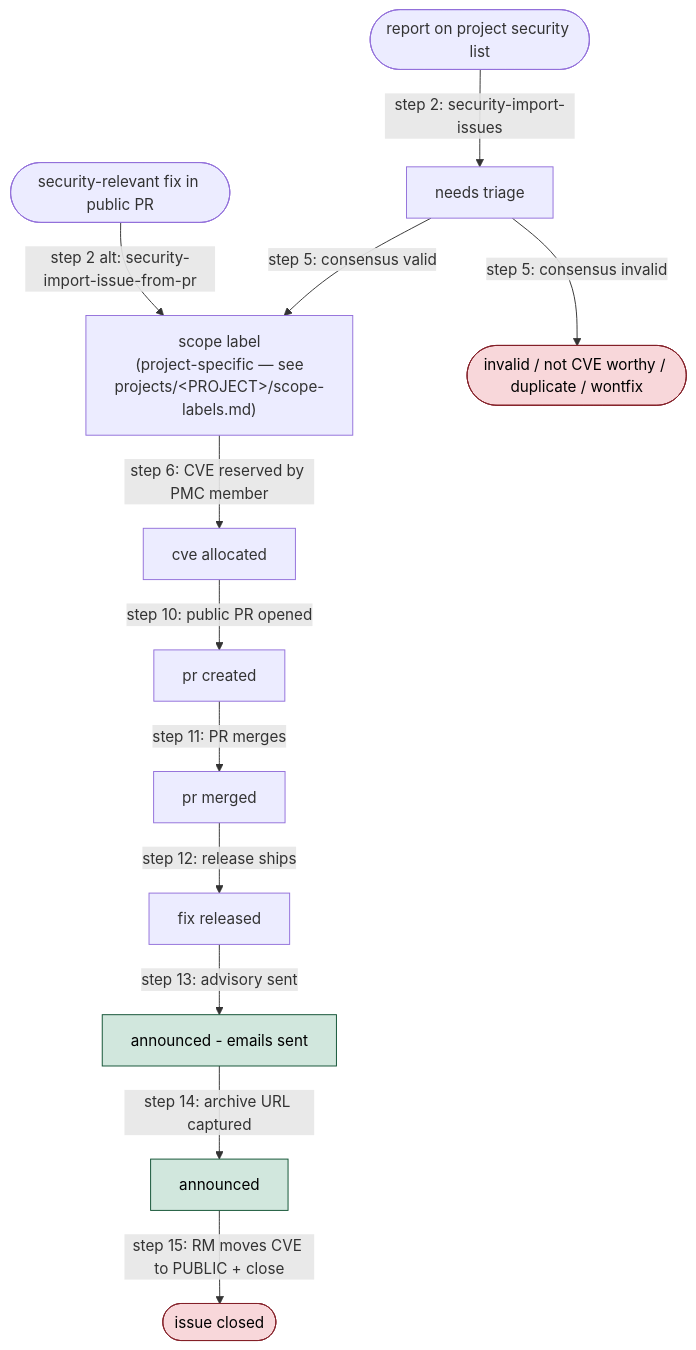
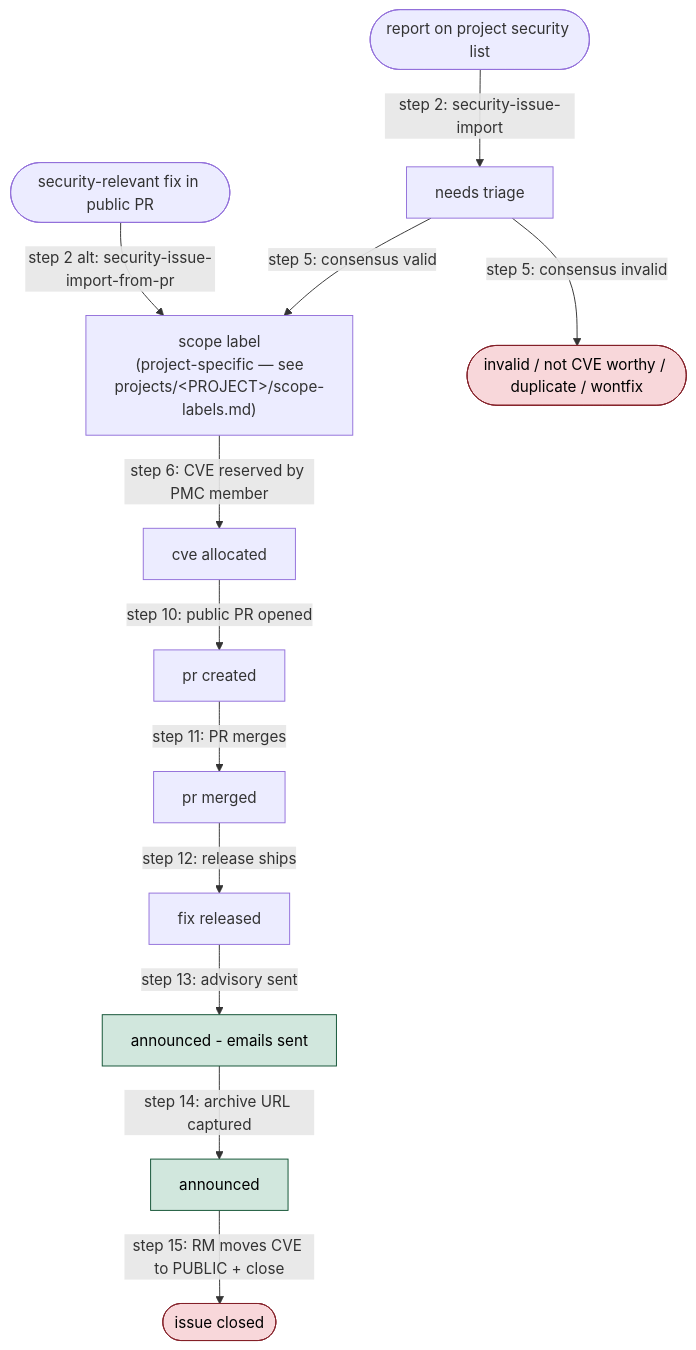
The second of 2 diagrams in README.md (apache/airflow-steward), drawn with Mermaid before and after one commit. The commit also changed other lines of this file and 101 other files, not shown here.

````diff
--- a/README.md
+++ b/README.md
@@ -930,19 +930,19 @@
 ```mermaid
 flowchart TD
-    A([report on project security list]) -->|step 2: security-import-issues| B[needs triage]
-    A2([security-relevant fix in public PR]) -->|step 2 alt: security-import-issue-from-pr| C
+    A([report on project security list]) -->|step 2: security-issue-import| B[needs triage]
+    A2([security-relevant fix in public PR]) -->|step 2 alt: security-issue-import-from-pr| C
     B -->|step 5: consensus invalid| X1([invalid / not CVE worthy / duplicate / wontfix])
     B -->|step 5: consensus valid| C["scope label<br/>(project-specific — see<br/>projects/&lt;PROJECT&gt;/scope-labels.md)"]
     C -->|step 6: CVE reserved by PMC member| D[cve allocated]
     D -->|step 10: public PR opened| E[pr created]
     E -->|step 11: PR merges| F[pr merged]
     F -->|step 12: release ships| G[fix released]
     G -->|step 13: advisory sent| H[announced - emails sent]
     H -->|step 14: archive URL captured| J[announced]
     J -->|step 15: RM moves CVE to PUBLIC + close| Z([issue closed])
 
     classDef closed fill:#f8d7da,stroke:#842029,color:#000;
     classDef done fill:#d1e7dd,stroke:#0f5132,color:#000;
     class X1,Z closed;
     class H,J done;
 ```
````
